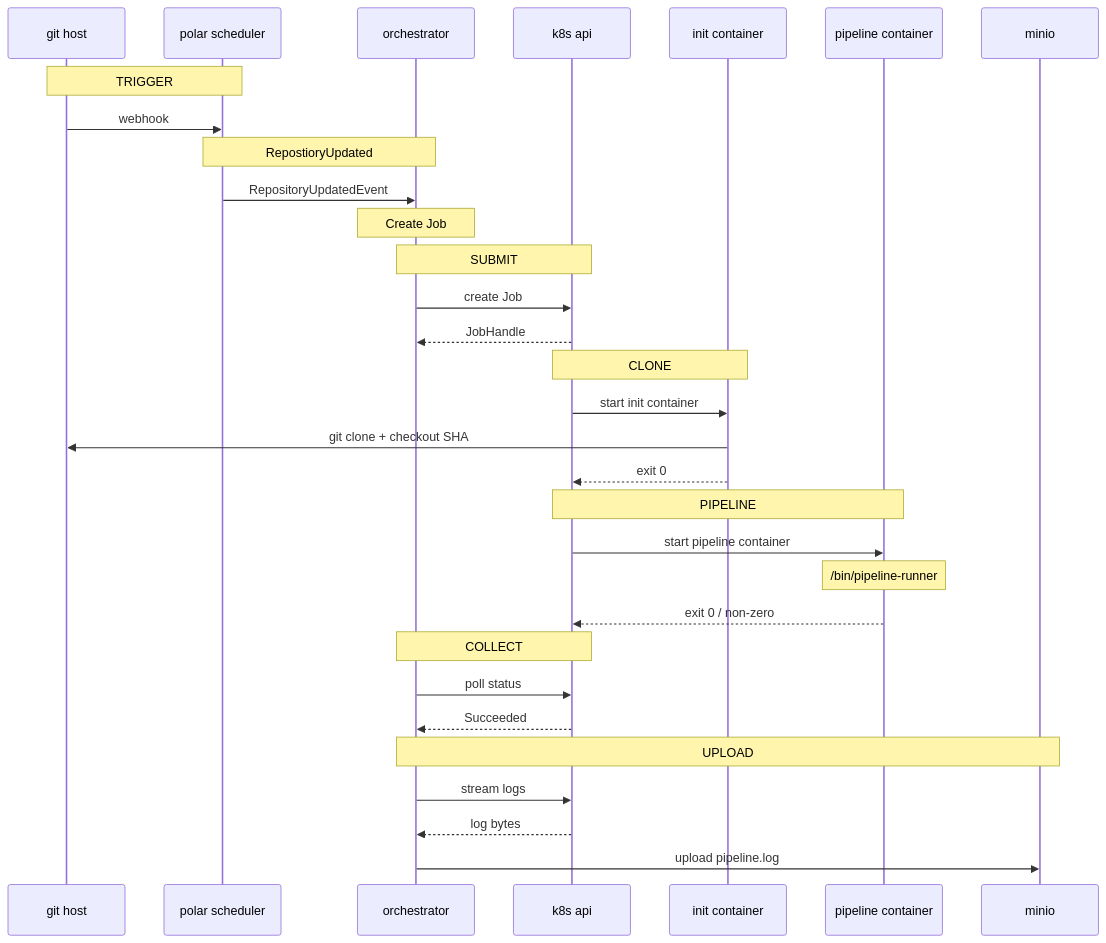
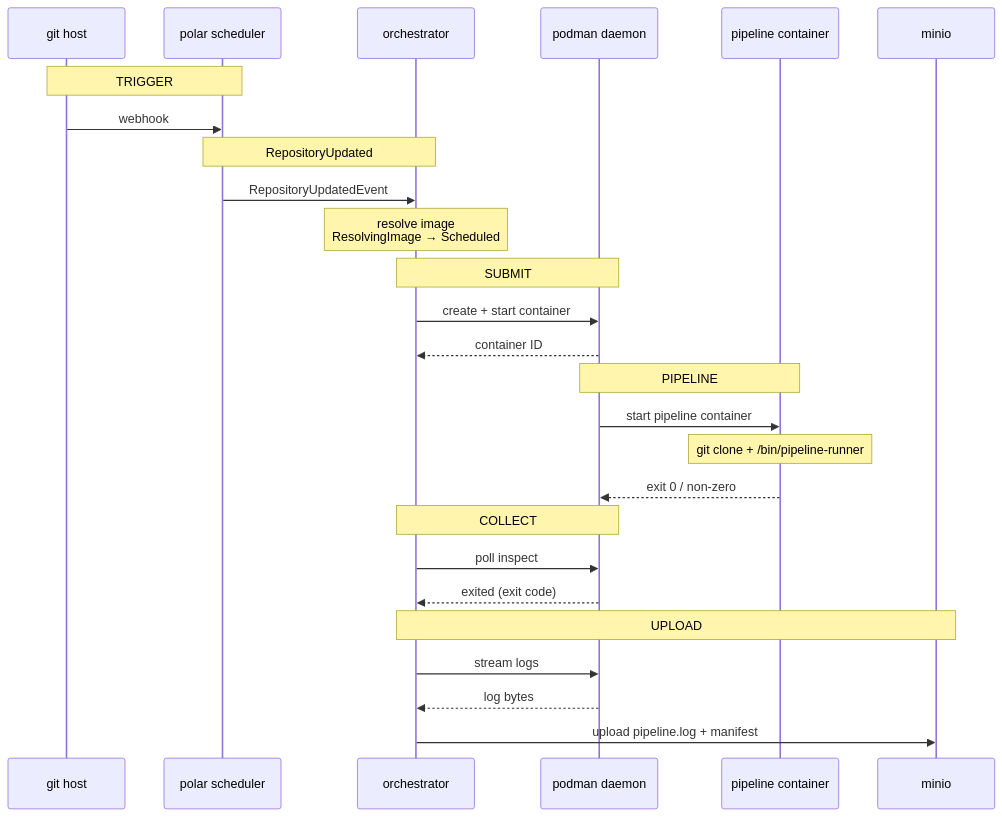
The second of 2 diagrams in src/agents/build-orchestrator/README.md (cmu-sei/Polar), drawn with Mermaid before and after one commit. The commit also changed other lines of this file and 30 other files, not shown here.

Commit message:
add podman backend to build orchestrator, add unit tests, tweak nushell pipeline

````diff
--- a/src/agents/build-orchestrator/README.md
+++ b/src/agents/build-orchestrator/README.md
@@ -141,48 +210,35 @@
 ```mermaid
 sequenceDiagram
     participant Git as git host
     participant Polar as polar scheduler
     participant Orch as orchestrator
-    participant K8s as k8s api
-    participant Init as init container
+    participant Podman as podman daemon
     participant Pipe as pipeline container
     participant Minio as minio
 
-    %% ── TRIGGER ──
     Note over Git,Polar: TRIGGER
     Git->>Polar: webhook
 
-    %% ── REQUEST ──
-    Note over Polar,Orch: RepostioryUpdated
+    Note over Polar,Orch: RepositoryUpdated
     Polar->>Orch: RepositoryUpdatedEvent
-    Note over Orch: Create Job
 
-    %% ── SUBMIT ──
-    Note over Orch,K8s: SUBMIT
-    Orch->>K8s: create Job
-    K8s-->>Orch: JobHandle
-    %% Orch->>Minio: upload manifest.json
+    Note over Orch: resolve image<br/>ResolvingImage → Scheduled
 
-    %% ── CLONE ──
-    Note over K8s,Init: CLONE
-    K8s->>Init: start init container
-    Init->>Git: git clone + checkout SHA
-    Init-->>K8s: exit 0
+    Note over Orch,Podman: SUBMIT
+    Orch->>Podman: create + start container
+    Podman-->>Orch: container ID
 
-    %% ── PIPELINE ──
-    Note over K8s,Pipe: PIPELINE
-    K8s->>Pipe: start pipeline container
-    Note over Pipe: /bin/pipeline-runner
-    Pipe-->>K8s: exit 0 / non-zero
+    Note over Podman,Pipe: PIPELINE
+    Podman->>Pipe: start pipeline container
+    Note over Pipe: git clone + /bin/pipeline-runner
+    Pipe-->>Podman: exit 0 / non-zero
 
-    %% ── COLLECT ──
-    Note over Orch,K8s: COLLECT
-    Orch->>K8s: poll status
-    K8s-->>Orch: Succeeded
+    Note over Orch,Podman: COLLECT
+    Orch->>Podman: poll inspect
+    Podman-->>Orch: exited (exit code)
 
-    %% ── UPLOAD ──
     Note over Orch,Minio: UPLOAD
-    Orch->>K8s: stream logs
-    K8s-->>Orch: log bytes
-    Orch->>Minio: upload pipeline.log
+    Orch->>Podman: stream logs
+    Podman-->>Orch: log bytes
+    Orch->>Minio: upload pipeline.log + manifest
 ```
````
